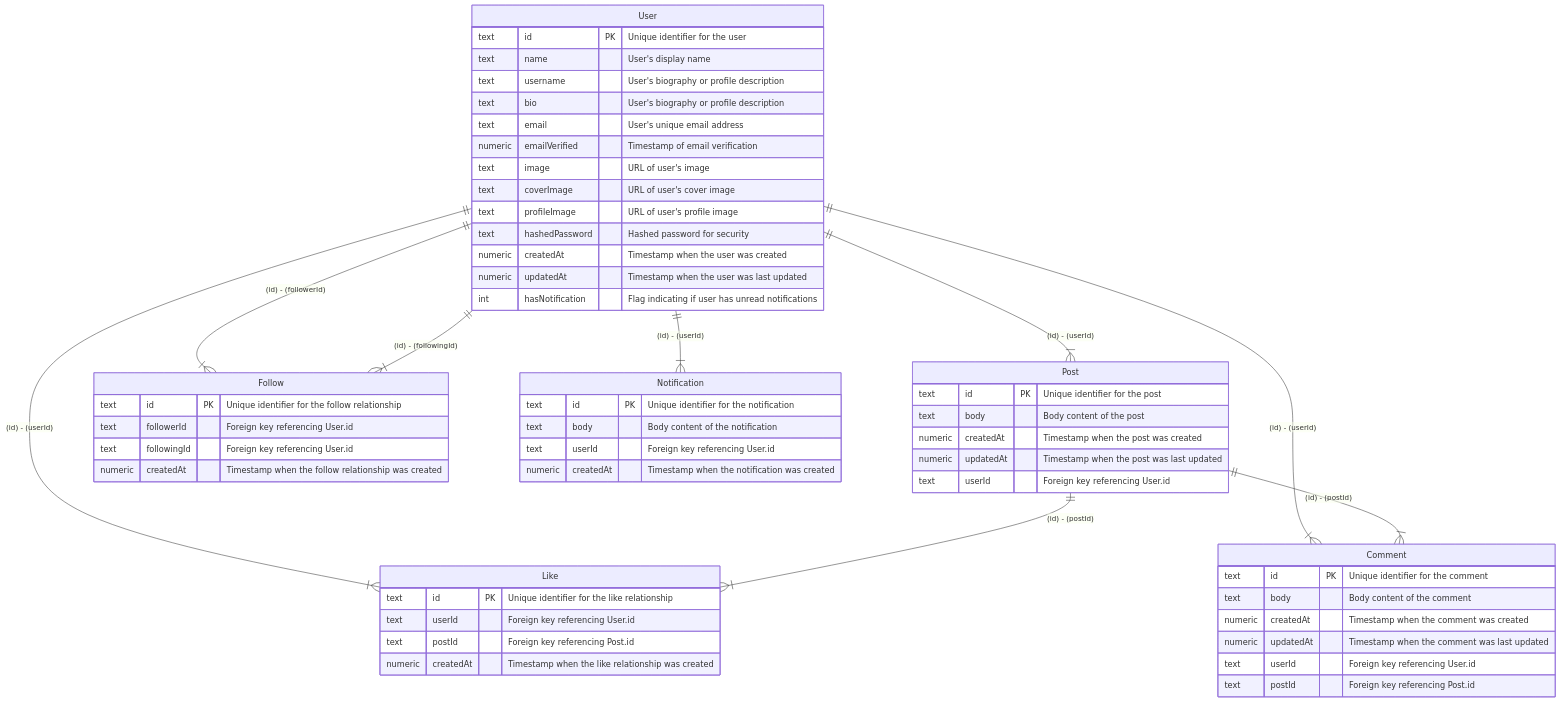
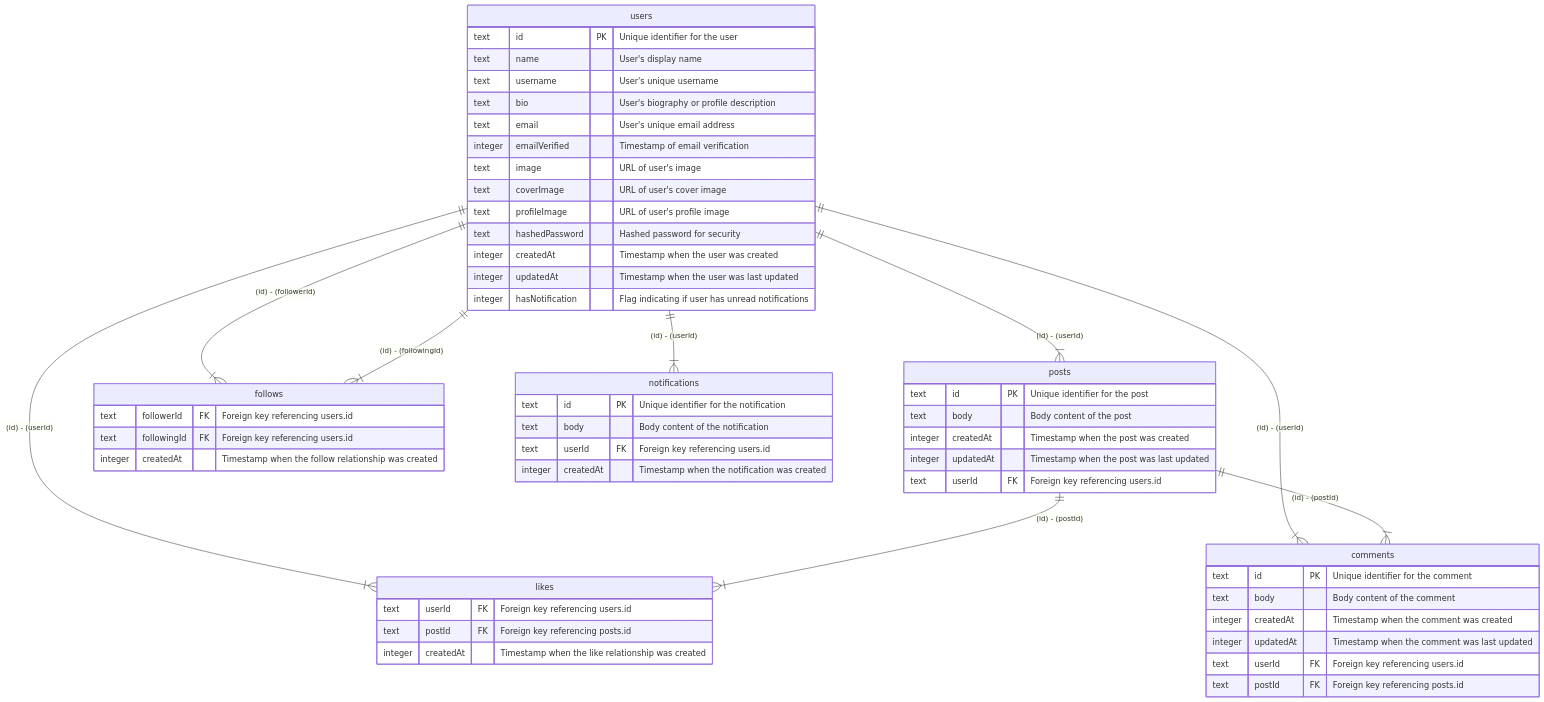
The diagram in fixtures/twitter-clone/mermaid-er/ER.md (nakita628/sizuku), drawn with Mermaid before and after one commit. The commit also changed 20 other files, not shown here.

````diff
--- a/fixtures/twitter-clone/mermaid-er/ER.md
+++ b/fixtures/twitter-clone/mermaid-er/ER.md
@@ -1,59 +1,57 @@
 ```mermaid
 erDiagram
-    User ||--}| Post : "(id) - (userId)"
-    User ||--}| Follow : "(id) - (followerId)"
-    User ||--}| Follow : "(id) - (followingId)"
-    User ||--}| Like : "(id) - (userId)"
-    Post ||--}| Like : "(id) - (postId)"
-    User ||--}| Comment : "(id) - (userId)"
-    Post ||--}| Comment : "(id) - (postId)"
-    User ||--}| Notification : "(id) - (userId)"
-    User {
+    users ||--}| posts : "(id) - (userId)"
+    users ||--}| follows : "(id) - (followerId)"
+    users ||--}| follows : "(id) - (followingId)"
+    users ||--}| likes : "(id) - (userId)"
+    posts ||--}| likes : "(id) - (postId)"
+    users ||--}| comments : "(id) - (userId)"
+    posts ||--}| comments : "(id) - (postId)"
+    users ||--}| notifications : "(id) - (userId)"
+    users {
         text id PK "Unique identifier for the user"
         text name "User's display name"
-        text username "User's biography or profile description"
+        text username "User's unique username"
         text bio "User's biography or profile description"
         text email "User's unique email address"
-        numeric emailVerified "Timestamp of email verification"
+        integer emailVerified "Timestamp of email verification"
         text image "URL of user's image"
         text coverImage "URL of user's cover image"
         text profileImage "URL of user's profile image"
         text hashedPassword "Hashed password for security"
-        numeric createdAt "Timestamp when the user was created"
-        numeric updatedAt "Timestamp when the user was last updated"
-        int hasNotification "Flag indicating if user has unread notifications"
+        integer createdAt "Timestamp when the user was created"
+        integer updatedAt "Timestamp when the user was last updated"
+        integer hasNotification "Flag indicating if user has unread notifications"
     }
-    Post {
+    posts {
         text id PK "Unique identifier for the post"
         text body "Body content of the post"
-        numeric createdAt "Timestamp when the post was created"
-        numeric updatedAt "Timestamp when the post was last updated"
-        text userId "Foreign key referencing User.id"
+        integer createdAt "Timestamp when the post was created"
+        integer updatedAt "Timestamp when the post was last updated"
+        text userId FK "Foreign key referencing users.id"
     }
-    Follow {
-        text id PK "Unique identifier for the follow relationship"
-        text followerId "Foreign key referencing User.id"
-        text followingId "Foreign key referencing User.id"
-        numeric createdAt "Timestamp when the follow relationship was created"
+    follows {
+        text followerId FK "Foreign key referencing users.id"
+        text followingId FK "Foreign key referencing users.id"
+        integer createdAt "Timestamp when the follow relationship was created"
     }
-    Like {
-        text id PK "Unique identifier for the like relationship"
-        text userId "Foreign key referencing User.id"
-        text postId "Foreign key referencing Post.id"
-        numeric createdAt "Timestamp when the like relationship was created"
+    likes {
+        text userId FK "Foreign key referencing users.id"
+        text postId FK "Foreign key referencing posts.id"
+        integer createdAt "Timestamp when the like relationship was created"
     }
-    Comment {
+    comments {
         text id PK "Unique identifier for the comment"
         text body "Body content of the comment"
-        numeric createdAt "Timestamp when the comment was created"
-        numeric updatedAt "Timestamp when the comment was last updated"
-        text userId "Foreign key referencing User.id"
-        text postId "Foreign key referencing Post.id"
+        integer createdAt "Timestamp when the comment was created"
+        integer updatedAt "Timestamp when the comment was last updated"
+        text userId FK "Foreign key referencing users.id"
+        text postId FK "Foreign key referencing posts.id"
     }
-    Notification {
+    notifications {
         text id PK "Unique identifier for the notification"
         text body "Body content of the notification"
-        text userId "Foreign key referencing User.id"
-        numeric createdAt "Timestamp when the notification was created"
+        text userId FK "Foreign key referencing users.id"
+        integer createdAt "Timestamp when the notification was created"
     }
 ```
````
